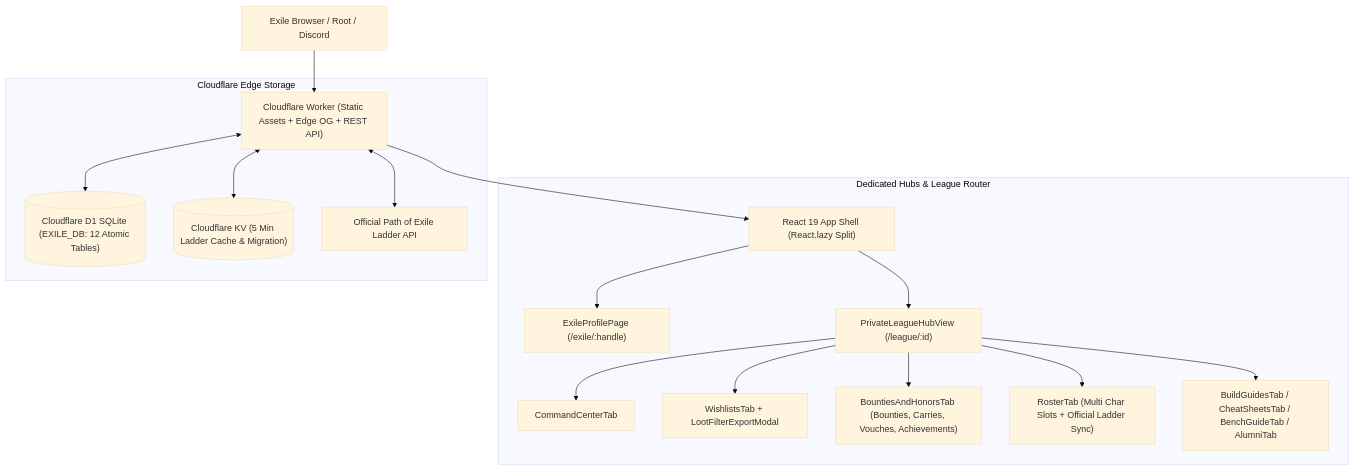
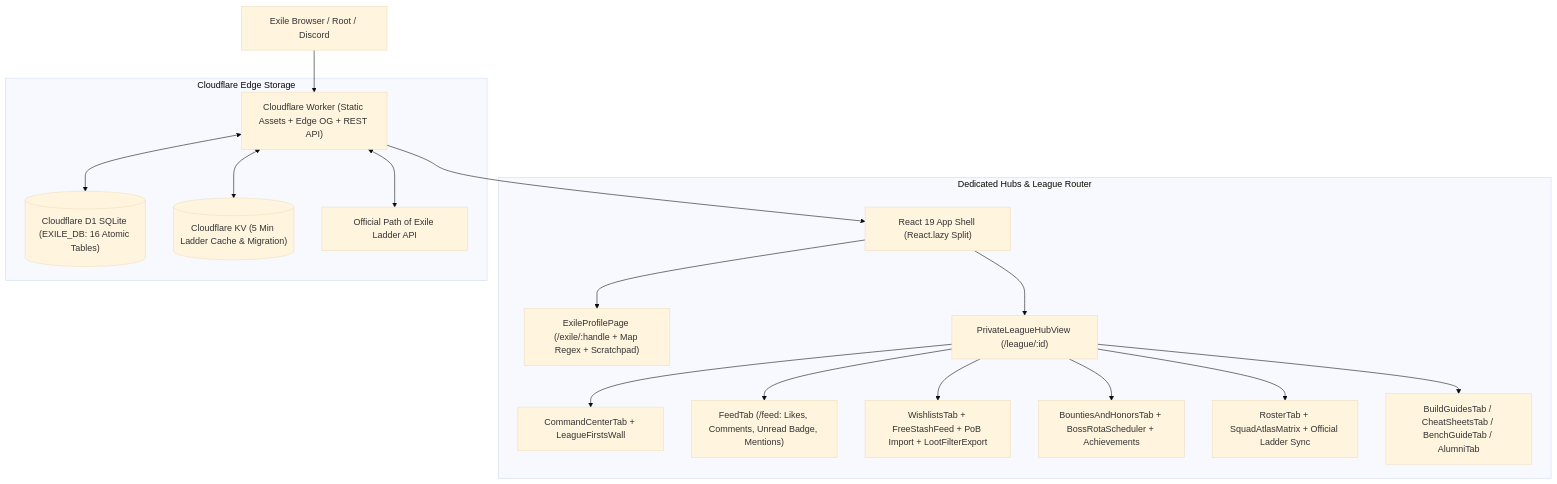
The diagram in README.md (Leuie/exile-ssf), drawn with Mermaid (base theme) before and after one commit. The commit also changed other lines of this file, not shown here.

Commit message:
Update README with Feed page, 3.30 Witch achievement, direct profile navigation, and 16 table D1 architecture

````diff
--- a/README.md
+++ b/README.md
@@ -68,21 +71,22 @@
 ```mermaid
 flowchart TD
     User["Exile Browser / Root / Discord"] --> Worker["Cloudflare Worker (Static Assets + Edge OG + REST API)"]
     Worker --> App["React 19 App Shell (React.lazy Split)"]
 
     subgraph "Dedicated Hubs & League Router"
-        App --> Profile["ExileProfilePage (/exile/:handle)"]
+        App --> Profile["ExileProfilePage (/exile/:handle + Map Regex + Scratchpad)"]
         App --> Hub["PrivateLeagueHubView (/league/:id)"]
-        Hub --> Tab1["CommandCenterTab"]
-        Hub --> Tab2["WishlistsTab + LootFilterExportModal"]
-        Hub --> Tab3["BountiesAndHonorsTab (Bounties, Carries, Vouches, Achievements)"]
-        Hub --> Tab4["RosterTab (Multi Char Slots + Official Ladder Sync)"]
+        Hub --> Tab1["CommandCenterTab + LeagueFirstsWall"]
+        Hub --> TabFeed["FeedTab (/feed: Likes, Comments, Unread Badge, Mentions)"]
+        Hub --> Tab2["WishlistsTab + FreeStashFeed + PoB Import + LootFilterExport"]
+        Hub --> Tab3["BountiesAndHonorsTab + BossRotaScheduler + Achievements"]
+        Hub --> Tab4["RosterTab + SquadAtlasMatrix + Official Ladder Sync"]
         Hub --> Tab5["BuildGuidesTab / CheatSheetsTab / BenchGuideTab / AlumniTab"]
     end
 
     subgraph "Cloudflare Edge Storage"
-        Worker <--> D1[("Cloudflare D1 SQLite (EXILE_DB: 12 Atomic Tables)")]
+        Worker <--> D1[("Cloudflare D1 SQLite (EXILE_DB: 16 Atomic Tables)")]
         Worker <--> KV[("Cloudflare KV (5 Min Ladder Cache & Migration)")]
         Worker <--> GGG["Official Path of Exile Ladder API"]
     end
 ```
````
